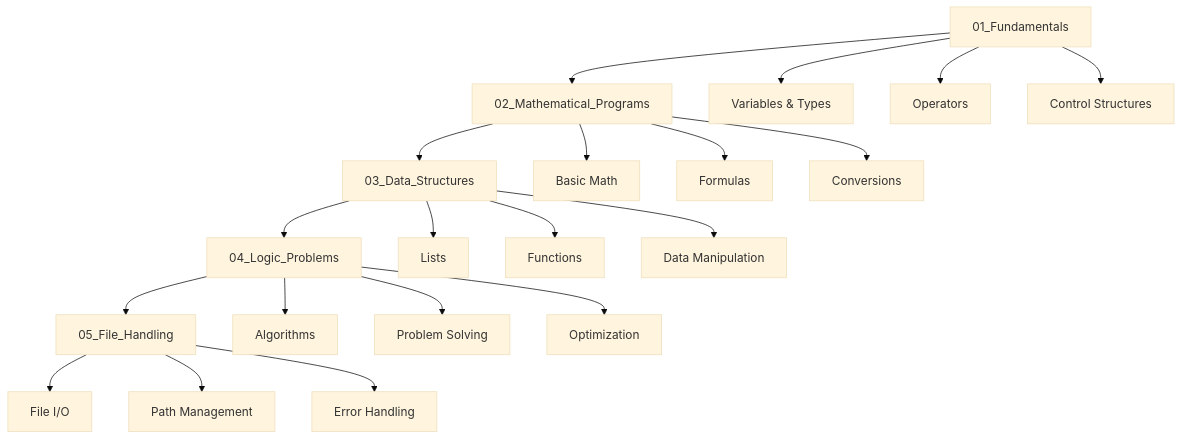
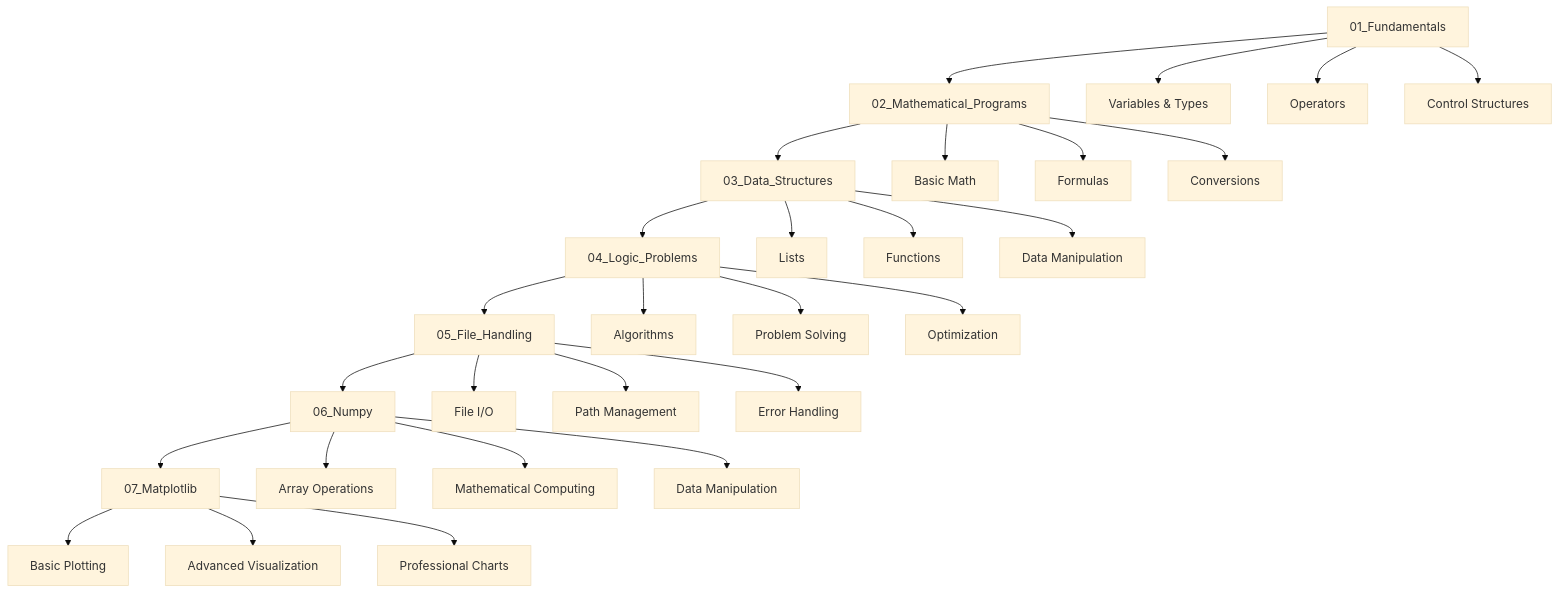
Before and after one commit to Anadi-Gupta1/Python: the diagram in README.md, drawn with Mermaid (base theme). The commit also changed other lines of this file and 10 other files, not shown here.

````diff
--- a/README.md
+++ b/README.md
@@ -193,27 +253,37 @@
 ```mermaid
 graph TD
     A[01_Fundamentals] --> B[02_Mathematical_Programs]
     B --> C[03_Data_Structures]
     C --> D[04_Logic_Problems]
     D --> E[05_File_Handling]
+    E --> F[06_Numpy]
+    F --> G[07_Matplotlib]
     
     A --> A1[Variables & Types]
     A --> A2[Operators]
     A --> A3[Control Structures]
     
     B --> B1[Basic Math]
     B --> B2[Formulas]
     B --> B3[Conversions]
     
     C --> C1[Lists]
     C --> C2[Functions]
     C --> C3[Data Manipulation]
     
     D --> D1[Algorithms]
     D --> D2[Problem Solving]
     D --> D3[Optimization]
     
     E --> E1[File I/O]
     E --> E2[Path Management]
     E --> E3[Error Handling]
+    
+    F --> F1[Array Operations]
+    F --> F2[Mathematical Computing]
+    F --> F3[Data Manipulation]
+    
+    G --> G1[Basic Plotting]
+    G --> G2[Advanced Visualization]
+    G --> G3[Professional Charts]
 ```
````
